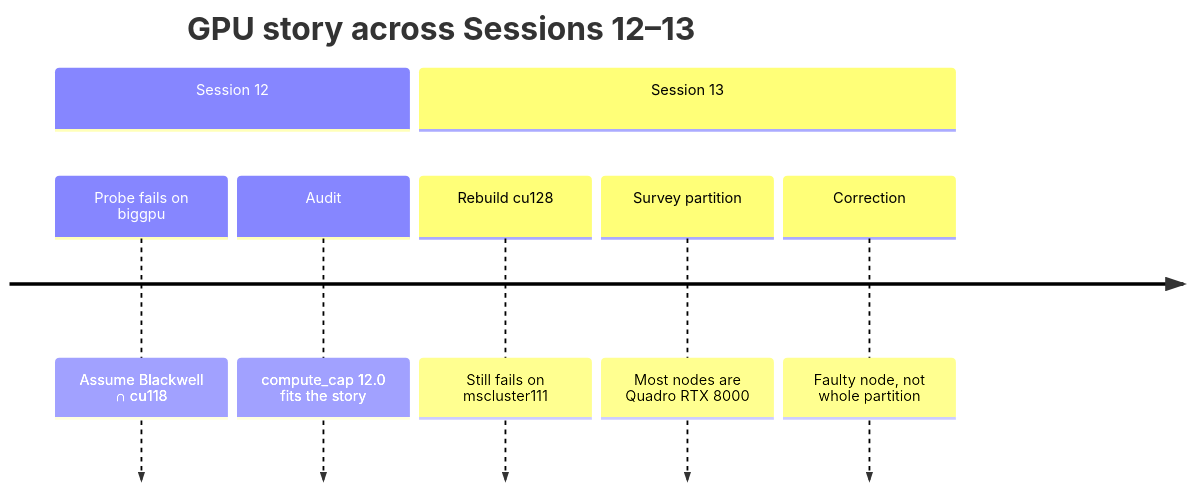
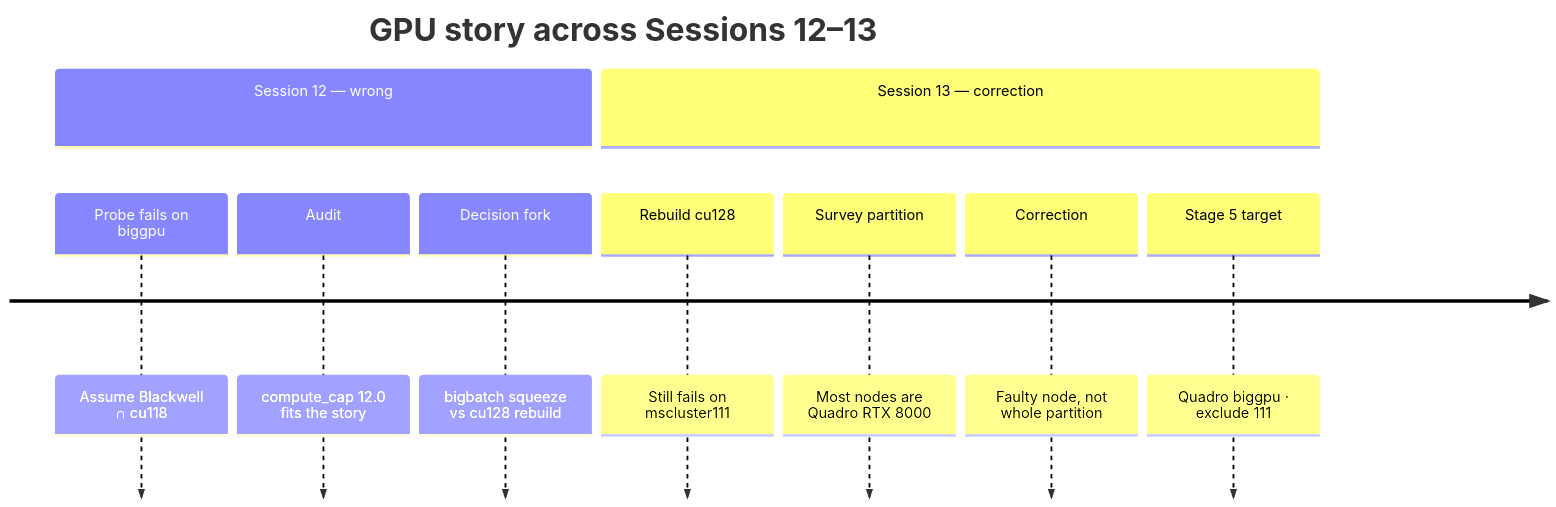
One commit to wendymaboa/Safe-RL-MinMax changed the third of 3 diagrams in docs/book/phase2/04-reward-cost-and-gpu.md. Above: the diagram before and after it, drawn with Mermaid. The commit also changed other lines of this file and 22 other files, not shown here.

````diff
--- a/docs/book/phase2/04-reward-cost-and-gpu.md
+++ b/docs/book/phase2/04-reward-cost-and-gpu.md
@@ -115,11 +162,13 @@
 ```mermaid
 timeline
   title GPU story across Sessions 12–13
-  section Session 12
+  section Session 12 — wrong
     Probe fails on biggpu : Assume Blackwell ∩ cu118
     Audit : compute_cap 12.0 fits the story
-  section Session 13
+    Decision fork : bigbatch squeeze vs cu128 rebuild
+  section Session 13 — correction
     Rebuild cu128 : Still fails on mscluster111
     Survey partition : Most nodes are Quadro RTX 8000
     Correction : Faulty node, not whole partition
+    Stage 5 target : Quadro biggpu · exclude 111
 ```
````
